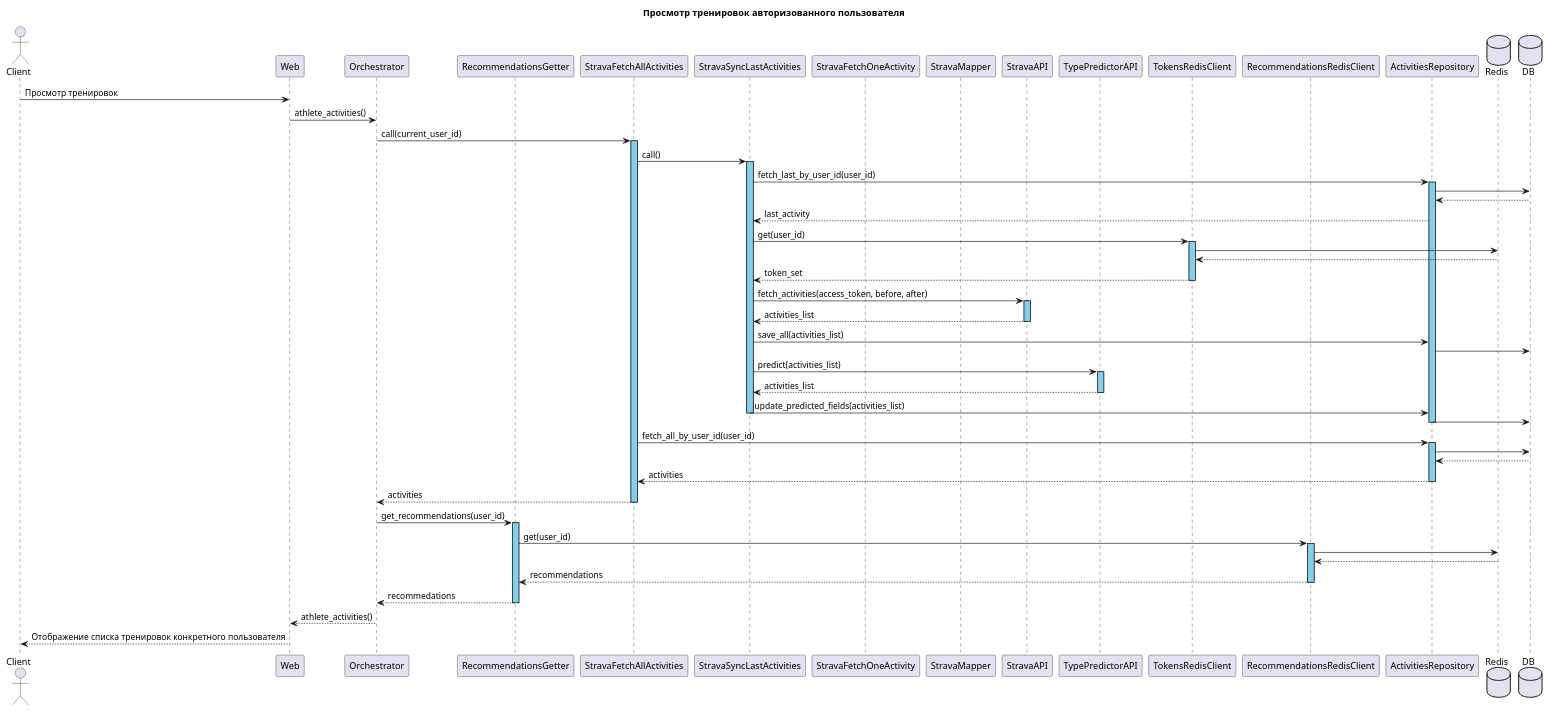
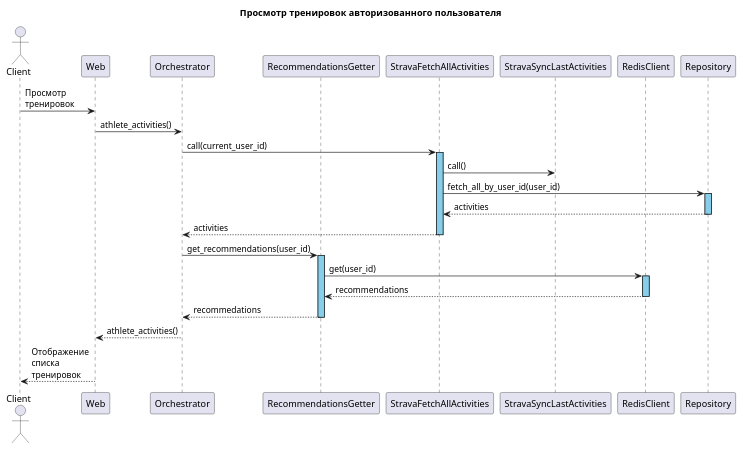
Before and after one commit to VadimBarinov/strava-activity-ui: the diagram in diagrams/sequence_activities.puml, drawn with PlantUML. The commit also changed 3 other files, not shown here.

Commit message:
update sequences

```diff
--- a/diagrams/sequence_activities.puml
+++ b/diagrams/sequence_activities.puml
@@ -1,60 +1,32 @@
 @startuml
 
 title Просмотр тренировок авторизованного пользователя
 
 actor Client
 participant Web
 participant Orchestrator
 participant RecommendationsGetter
 participant StravaFetchAllActivities
 participant StravaSyncLastActivities
-participant StravaFetchOneActivity
-participant StravaMapper
-participant StravaAPI
-participant TypePredictorAPI
-participant TokensRedisClient
-participant RecommendationsRedisClient
-participant ActivitiesRepository
-database Redis
-database DB 
+participant RedisClient
+participant Repository
 
-Client -> Web : Просмотр тренировок
+Client -> Web : Просмотр \nтренировок
 Web -> Orchestrator : athlete_activities()
 Orchestrator -> StravaFetchAllActivities ++ #SkyBlue : call(current_user_id)
-StravaFetchAllActivities -> StravaSyncLastActivities ++ #SkyBlue : call()
-StravaSyncLastActivities -> ActivitiesRepository ++ #SkyBlue : fetch_last_by_user_id(user_id)
-ActivitiesRepository -> DB
-ActivitiesRepository <-- DB
-StravaSyncLastActivities <-- ActivitiesRepository : last_activity
-StravaSyncLastActivities -> TokensRedisClient ++ #SkyBlue : get(user_id)
-TokensRedisClient -> Redis
-TokensRedisClient <-- Redis
-StravaSyncLastActivities <-- TokensRedisClient -- : token_set
-StravaSyncLastActivities -> StravaAPI ++ #SkyBlue : fetch_activities(access_token, before, after)
-StravaSyncLastActivities <-- StravaAPI -- : activities_list
-StravaSyncLastActivities -> ActivitiesRepository : save_all(activities_list)
-ActivitiesRepository -> DB
-StravaSyncLastActivities -> TypePredictorAPI ++ #SkyBlue : predict(activities_list)
-StravaSyncLastActivities <-- TypePredictorAPI -- : activities_list
-StravaSyncLastActivities -> ActivitiesRepository : update_predicted_fields(activities_list)
-deactivate StravaSyncLastActivities
-ActivitiesRepository -> DB
-deactivate ActivitiesRepository
+StravaFetchAllActivities -> StravaSyncLastActivities : call()
+deactivate Repository
 
-StravaFetchAllActivities -> ActivitiesRepository ++ #SkyBlue : fetch_all_by_user_id(user_id)
-ActivitiesRepository -> DB
-ActivitiesRepository <-- DB
-StravaFetchAllActivities <-- ActivitiesRepository -- : activities
+StravaFetchAllActivities -> Repository ++ #SkyBlue : fetch_all_by_user_id(user_id)
+StravaFetchAllActivities <-- Repository -- : activities
 Orchestrator <-- StravaFetchAllActivities -- : activities
 
 Orchestrator -> RecommendationsGetter ++ #SkyBlue : get_recommendations(user_id)
-RecommendationsGetter -> RecommendationsRedisClient ++ #SkyBlue : get(user_id)
-RecommendationsRedisClient -> Redis
-RecommendationsRedisClient <-- Redis
-RecommendationsGetter <-- RecommendationsRedisClient -- : recommendations
+RecommendationsGetter -> RedisClient ++ #SkyBlue : get(user_id)
+RecommendationsGetter <-- RedisClient -- : recommendations
 Orchestrator <-- RecommendationsGetter -- : recommedations
 
 Web <-- Orchestrator : athlete_activities()
-Client <-- Web : Отображение списка тренировок конкретного пользователя
+Client <-- Web : Отображение \nсписка \nтренировок
 
 @enduml
```
